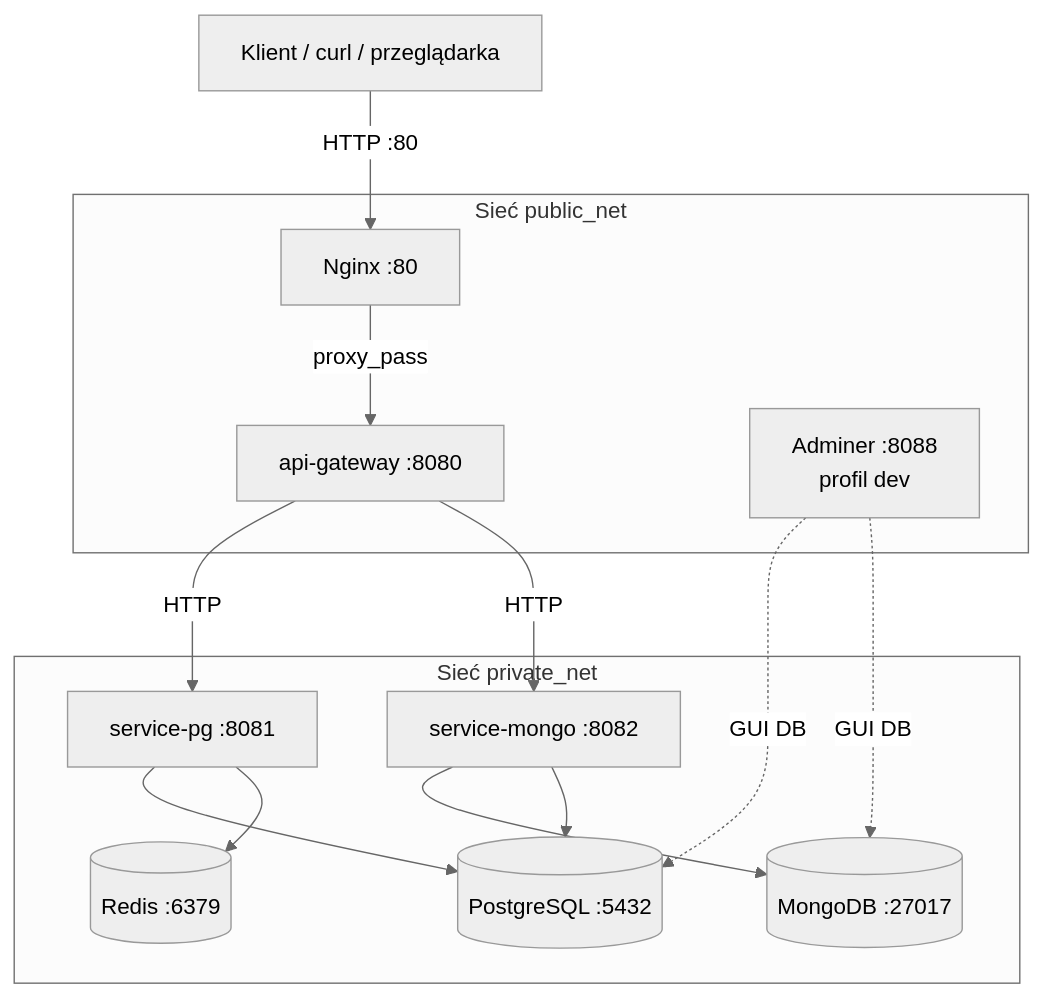
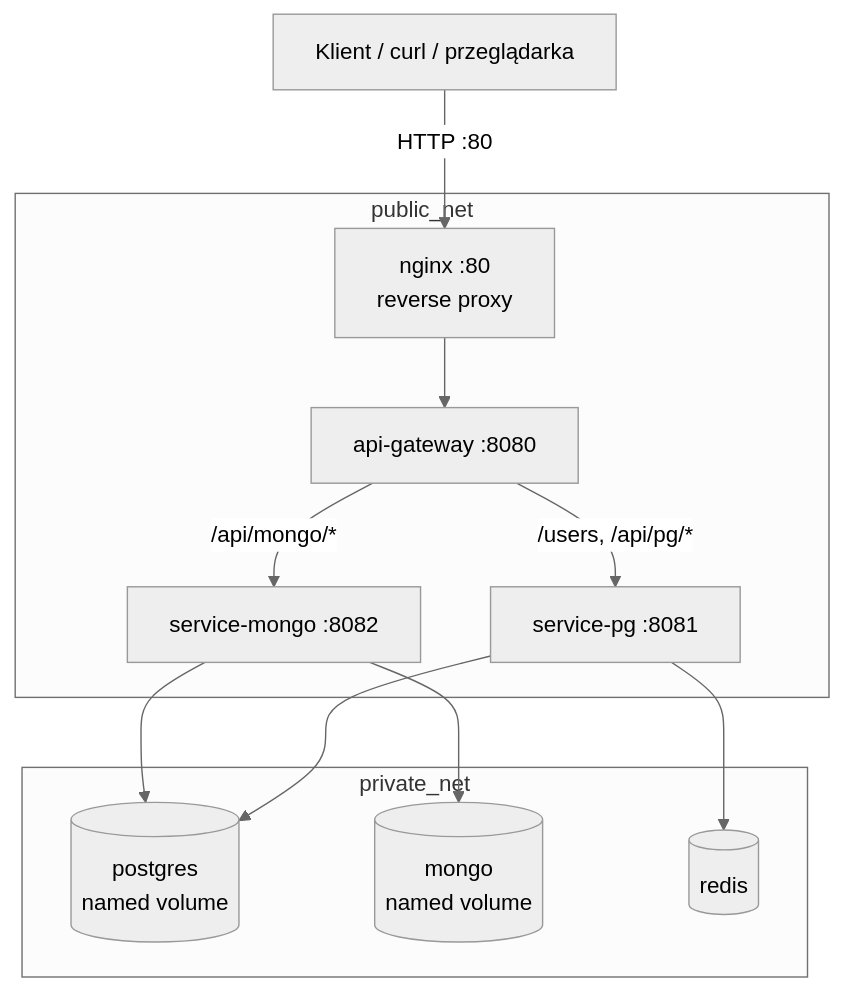
Before and after one commit to TomaszDylik/database-faculty: the diagram in CHECKLIST.md, drawn with Mermaid (neutral theme). The commit also changed other lines of this file, not shown here.

````diff
--- a/CHECKLIST.md
+++ b/CHECKLIST.md
@@ -9,29 +10,35 @@
 ```mermaid
 flowchart TB
     Client[Klient / curl / przeglądarka]
+    Nginx[nginx :80<br/>reverse proxy]
+    Gateway[api-gateway :8080]
+    SvcPg[service-pg :8081]
+    SvcMongo[service-mongo :8082]
+    PG[(postgres<br/>named volume)]
+    Mongo[(mongo<br/>named volume)]
+    Redis[(redis)]
 
-    subgraph public_net [Sieć public_net]
-        Nginx[Nginx :80]
-        Gateway[api-gateway :8080]
-        Adminer[Adminer :8088<br/>profil dev]
+    subgraph public_net [public_net]
+        Nginx
+        Gateway
+        SvcPg
+        SvcMongo
     end
 
-    subgraph private_net [Sieć private_net]
-        ServicePg[service-pg :8081]
-        ServiceMongo[service-mongo :8082]
-        Postgres[(PostgreSQL :5432)]
-        Mongo[(MongoDB :27017)]
-        Redis[(Redis :6379)]
+    subgraph private_net [private_net]
+        PG
+        Mongo
+        Redis
+        SvcPg
+        SvcMongo
     end
 
     Client -->|HTTP :80| Nginx
-    Nginx -->|proxy_pass| Gateway
-    Gateway -->|HTTP| ServicePg
-    Gateway -->|HTTP| ServiceMongo
-    ServicePg --> Postgres
-    ServicePg --> Redis
-    ServiceMongo --> Mongo
-    ServiceMongo --> Postgres
-    Adminer -.->|GUI DB| Postgres
-    Adminer -.->|GUI DB| Mongo
+    Nginx --> Gateway
+    Gateway -->|/users, /api/pg/*| SvcPg
+    Gateway -->|/api/mongo/*| SvcMongo
+    SvcPg --> PG
+    SvcPg --> Redis
+    SvcMongo --> Mongo
+    SvcMongo --> PG
 ```
````
